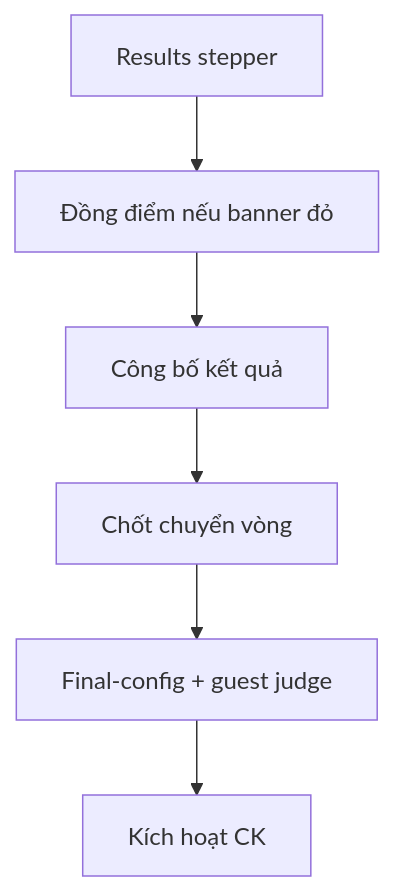
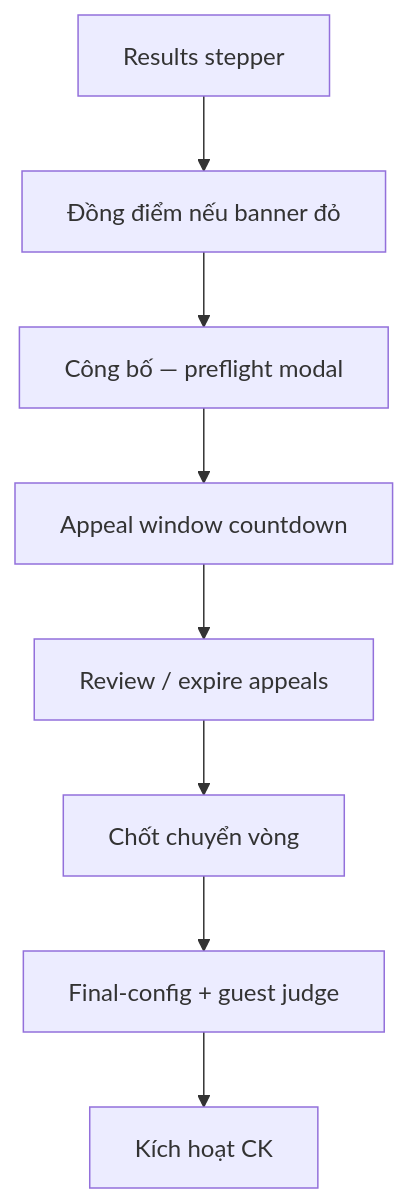
Before and after one commit to MANAGEMENT-SEAL-HACKATHON/BE: the diagram in docs/defense-panel/gd4-defense-playbook.md, drawn with Mermaid. The commit also changed other lines of this file and 64 other files, not shown here.

First line of the commit message:
feat(be): DQ appeal window review delay and republish (phase 10)

````diff
--- a/docs/defense-panel/gd4-defense-playbook.md
+++ b/docs/defense-panel/gd4-defense-playbook.md
@@ -75,8 +75,10 @@
 ```mermaid
 flowchart TD
   A[Results stepper] --> B[Đồng điểm nếu banner đỏ]
-  B --> C[Công bố kết quả]
-  C --> D[Chốt chuyển vòng]
-  D --> E[Final-config + guest judge]
-  E --> F[Kích hoạt CK]
+  B --> C[Công bố — preflight modal]
+  C --> D[Appeal window countdown]
+  D --> E[Review / expire appeals]
+  E --> F[Chốt chuyển vòng]
+  F --> G[Final-config + guest judge]
+  G --> H[Kích hoạt CK]
 ```
````
